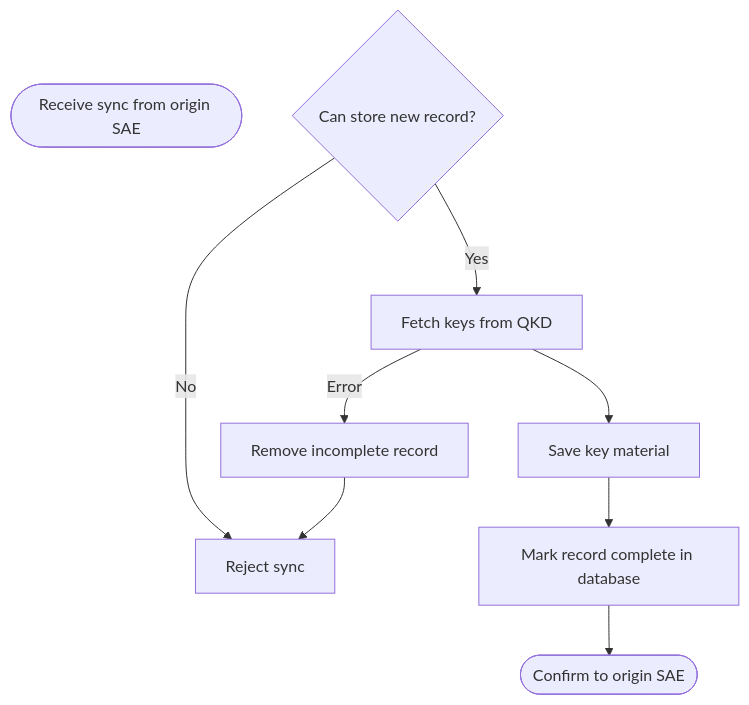
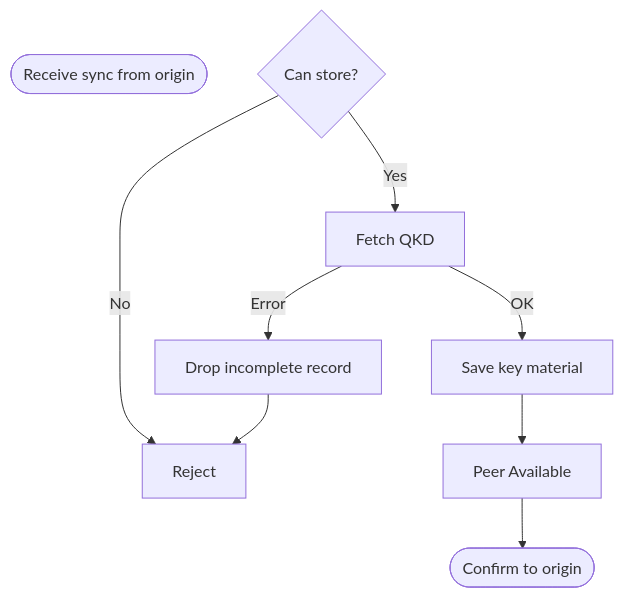
One commit to vonasmic/one-time-pad-keychain changed the eighth of 10 diagrams in JAVA_APPS/docs/FLOWCHARTS.md. Above: the diagram before and after it, drawn with Mermaid. The commit also changed other lines of this file and 119 other files, not shown here.

````diff
--- a/JAVA_APPS/docs/FLOWCHARTS.md
+++ b/JAVA_APPS/docs/FLOWCHARTS.md
@@ -225,12 +231,12 @@
 ```mermaid
 flowchart TD
-    Start([Receive sync from origin SAE])
-    CanStore{Can store new record?}
-    CanStore -->|No| Reject[Reject sync]
-    CanStore -->|Yes| GetKeys[Fetch keys from QKD]
-    GetKeys --> SaveKeys[Save key material]
-    SaveKeys --> MarkComplete[Mark record complete in database]
-    MarkComplete --> Done([Confirm to origin SAE])
-    GetKeys -->|Error| Cleanup[Remove incomplete record]
+    Start([Receive sync from origin])
+    CanStore{Can store?}
+    CanStore -->|No| Reject[Reject]
+    CanStore -->|Yes| GetKeys[Fetch QKD]
+    GetKeys -->|Error| Cleanup[Drop incomplete record]
     Cleanup --> Reject
+    GetKeys -->|OK| Save[Save key material]
+    Save --> Avail[Peer Available]
+    Avail --> Done([Confirm to origin])
 ```
````
